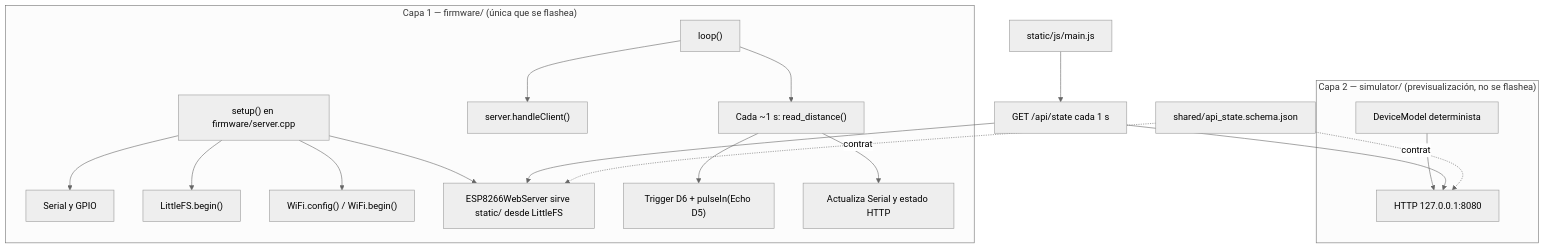
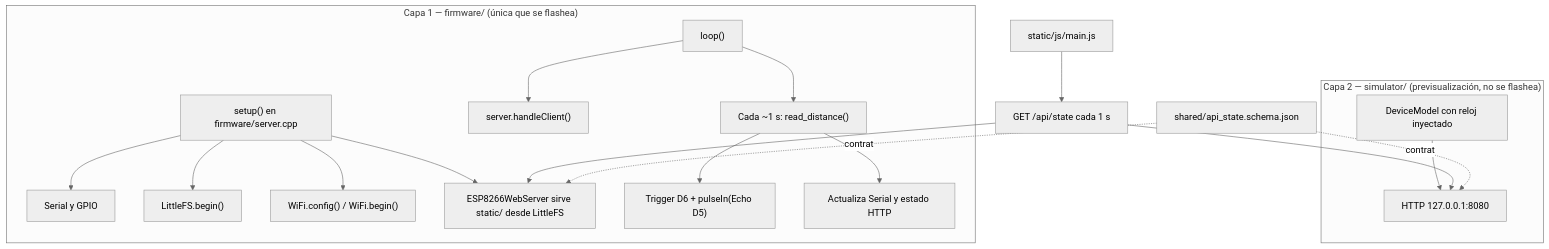
Before and after one commit to nesktf/alarma_tecnica: the diagram in redes-ii-vault/Arquitectura/Simulacion y arquitectura del sistema.md, drawn with Mermaid (neutral theme). The commit also changed other lines of this file and 49 other files, not shown here.

````diff
--- a/redes-ii-vault/Arquitectura/Simulacion y arquitectura del sistema.md
+++ b/redes-ii-vault/Arquitectura/Simulacion y arquitectura del sistema.md
@@ -37,21 +37,21 @@
 ```mermaid
 flowchart TD
     subgraph FLASH["Capa 1 — firmware/ (única que se flashea)"]
         A["setup() en firmware/server.cpp"] --> B["Serial y GPIO"]
         A --> C["LittleFS.begin()"]
         A --> D["WiFi.config() / WiFi.begin()"]
         A --> E["ESP8266WebServer sirve static/ desde LittleFS"]
         F["loop()"] --> G["server.handleClient()"]
         F --> H["Cada ~1 s: read_distance()"]
         H --> I["Trigger D6 + pulseIn(Echo D5)"]
         H --> J["Actualiza Serial y estado HTTP"]
     end
     subgraph PREVIEW["Capa 2 — simulator/ (previsualización, no se flashea)"]
-        M["DeviceModel determinista"] --> S["HTTP 127.0.0.1:8080"]
+        M["DeviceModel con reloj inyectado"] --> S["HTTP 127.0.0.1:8080"]
     end
     K["static/js/main.js"] --> L["GET /api/state cada 1 s"]
     L --> E
     L --> S
     C2["shared/api_state.schema.json"] -.contrato.-> E
     C2 -.contrato.-> S
 ```
````
